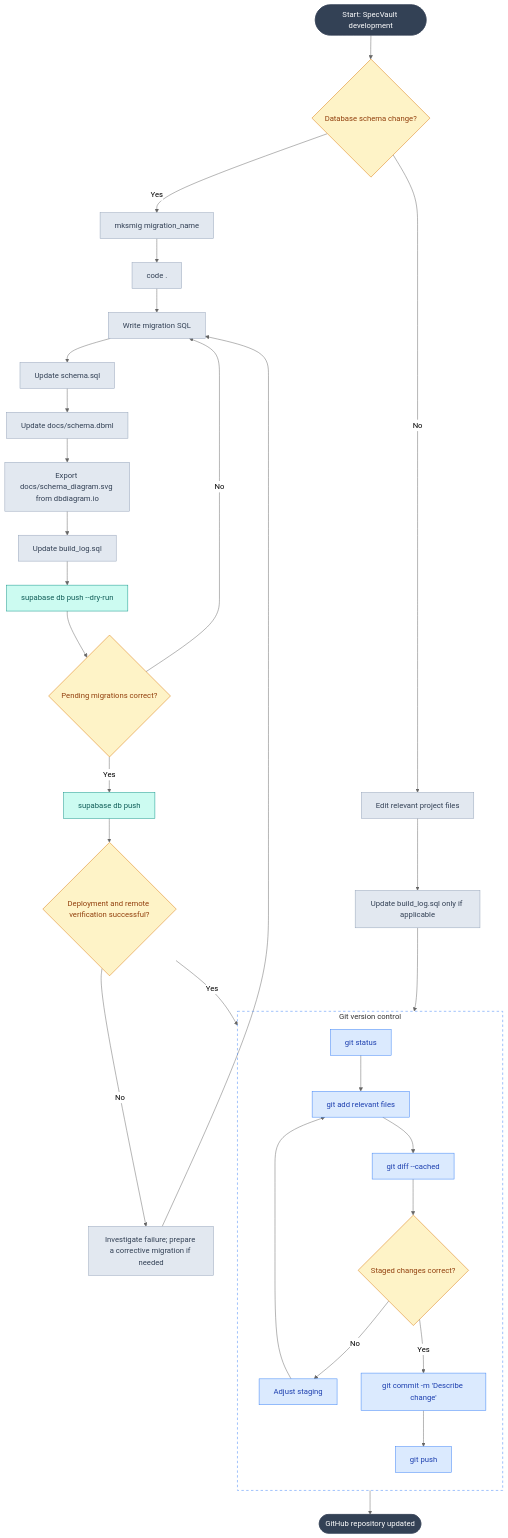
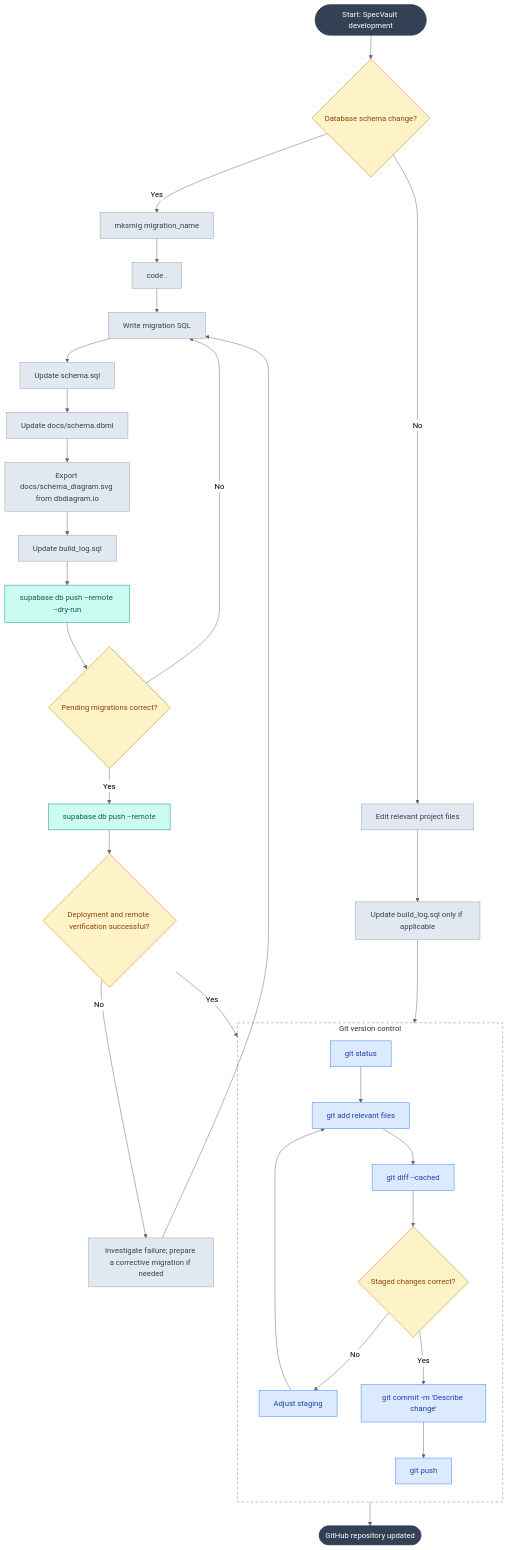
The diagram in docs/database-workflow.md (AlejandroPenaloza/SpecVault), drawn with Mermaid (neutral theme) before and after one commit.

Commit message:
docs(db): specify remote target for migration pushes

````diff
--- a/docs/database-workflow.md
+++ b/docs/database-workflow.md
@@ -9,51 +9,51 @@
 ```mermaid
 flowchart TD
     A([Start: SpecVault development]) --> B{"Database schema change?"}
 
     B -->|Yes| C["mksmig migration_name"]
     C --> D["code ."]
     D --> E["Write migration SQL"]
     E --> F["Update schema.sql"]
     F --> V["Update docs/schema.dbml"]
     V --> W["Export docs/schema_diagram.svg from dbdiagram.io"]
     W --> G["Update build_log.sql"]
-    G --> H["supabase db push --dry-run"]
+    G --> H["supabase db push --remote --dry-run"]
     H --> I{"Pending migrations correct?"}
     I -->|No| E
-    I -->|Yes| J["supabase db push"]
+    I -->|Yes| J["supabase db push --remote"]
     J --> K{"Deployment and remote verification successful?"}
     K -->|No| X["Investigate failure; prepare a corrective migration if needed"]
     X --> E
 
     B -->|No| L["Edit relevant project files"]
     L --> M["Update build_log.sql only if applicable"]
 
     K -->|Yes| N["git status"]
     M --> N
 
     subgraph VERSION["Git version control"]
         direction TB
         N --> O["git add relevant files"]
         O --> P["git diff --cached"]
         P --> Q{"Staged changes correct?"}
         Q -->|No| R["Adjust staging"]
         R --> O
         Q -->|Yes| S["git commit -m 'Describe change'"]
         S --> T["git push"]
     end
 
     T --> U([GitHub repository updated])
 
     classDef terminal fill:#334155,color:#fff,stroke:#334155
     classDef edit fill:#e2e8f0,color:#334155,stroke:#94a3b8
     classDef db fill:#ccfbf1,color:#115e59,stroke:#0d9488
     classDef git fill:#dbeafe,color:#1e40af,stroke:#3b82f6
     classDef decision fill:#fef3c7,color:#92400e,stroke:#d97706
 
     class A,U terminal
     class C,D,E,F,V,W,G,L,M,X edit
     class H,J db
     class N,O,P,R,S,T git
     class B,I,K,Q decision
     style VERSION fill:none,stroke:#3b82f6,stroke-dasharray:5 5
 ```
````
